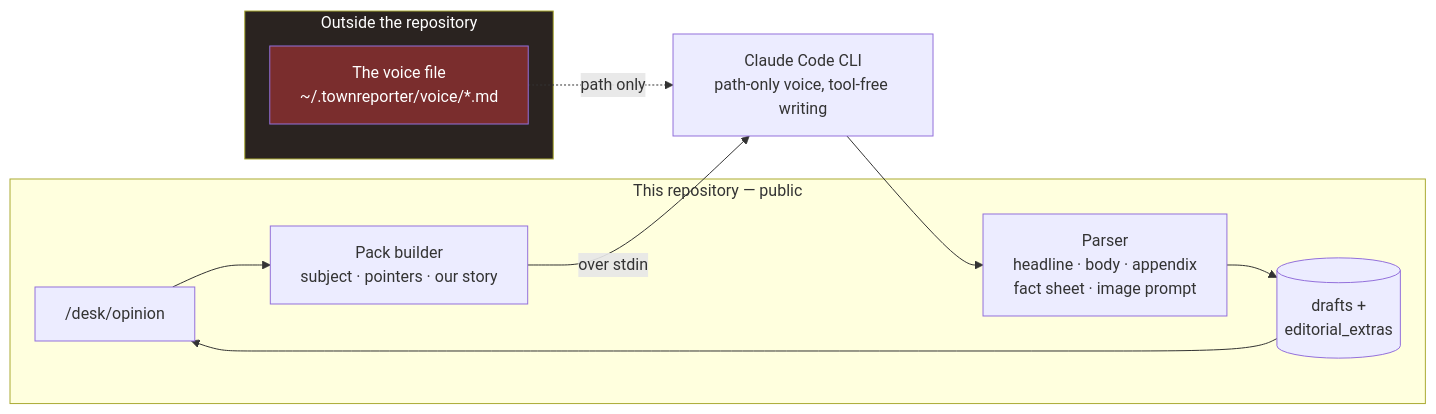
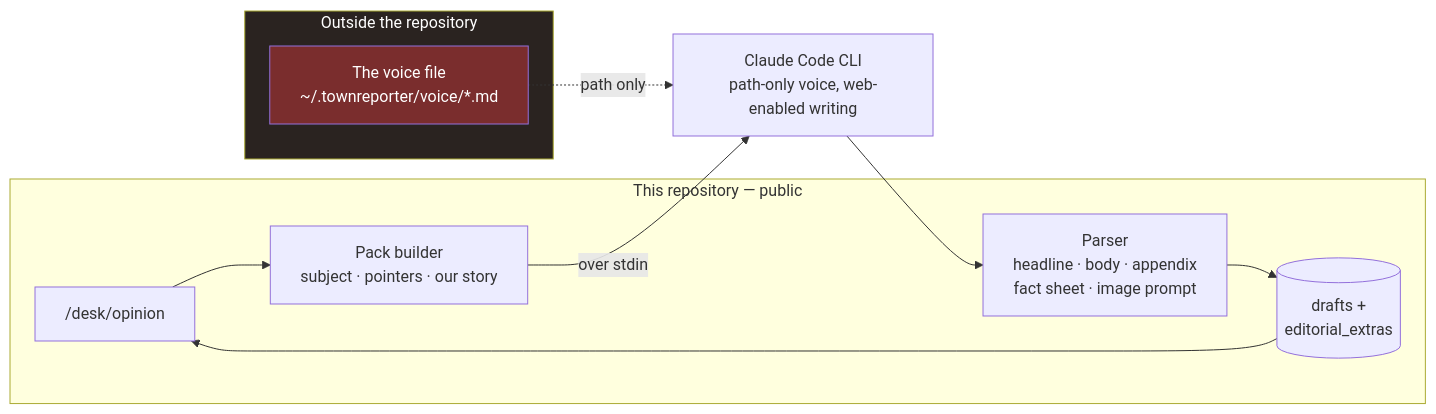
One commit to scottconverse/TownReporter changed the fifth of 8 diagrams in docs/manual.md. Above: the diagram before and after it, drawn with Mermaid. The commit also changed other lines of this file and 10 other files, not shown here.

````diff
--- a/docs/manual.md
+++ b/docs/manual.md
@@ -914,23 +916,23 @@
 ```mermaid
 flowchart LR
     subgraph repo["This repository — public"]
         UI["/desk/opinion"]
         PACK["Pack builder<br/>subject · pointers · our story"]
         PARSE["Parser<br/>headline · body · appendix<br/>fact sheet · image prompt"]
         DRAFTS[("drafts +<br/>editorial_extras")]
     end
 
     subgraph private["Outside the repository"]
         VOICE["The voice file<br/>~/.townreporter/voice/*.md"]
     end
 
-    CLI["Claude Code CLI<br/>path-only voice, tool-free writing"]
+    CLI["Claude Code CLI<br/>path-only voice, web-enabled writing"]
 
     UI --> PACK
     PACK -->|"over stdin"| CLI
     VOICE -.->|"path only"| CLI
     CLI --> PARSE --> DRAFTS --> UI
 
     style private fill:#2a2320,color:#fff
     style VOICE fill:#7a2d2d,color:#fff
 ```
````
